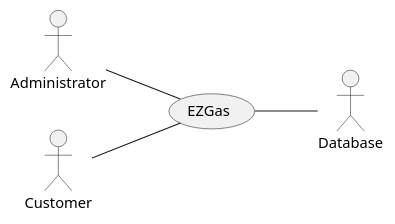
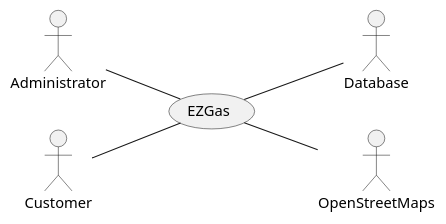
One commit to SoftengPoliTo/Lab2 changed the first of 4 diagrams in REQ_s274148.md. Above: the diagram before and after it, drawn with PlantUML.

Commit message:
Context diagram: add OpenStreetMaps actor

````diff
--- a/REQ_s274148.md
+++ b/REQ_s274148.md
@@ -47,9 +47,11 @@
 ```plantuml
 left to right direction
 actor Administrator as a
 actor Customer as b
 actor Database as c
+actor OpenStreetMaps as d
 a -- (EZGas)
 b -- (EZGas)
 (EZGas) -- c
+(EZGas) -- d
 ```
````
